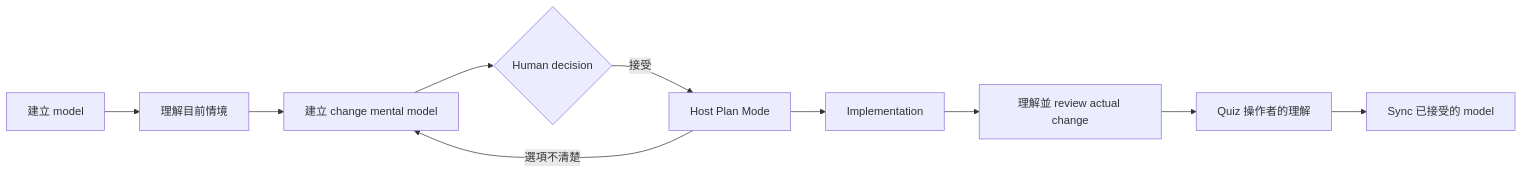
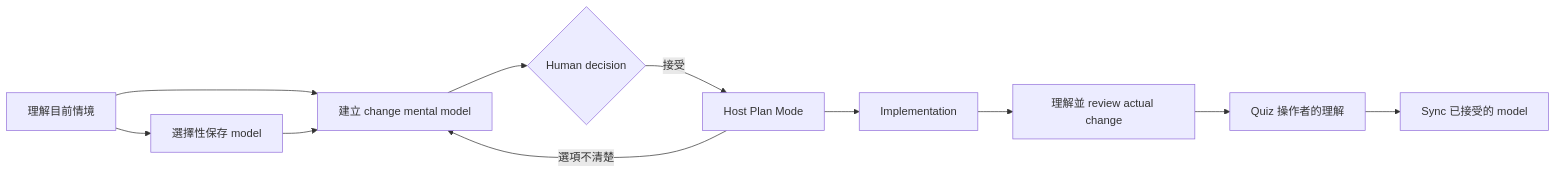
The diagram in README.zh-TW.md (issac1441/mental), drawn with Mermaid before and after one commit. The commit also changed other lines of this file and 71 other files, not shown here.

````diff
--- a/README.zh-TW.md
+++ b/README.zh-TW.md
@@ -138,12 +120,13 @@
 ```mermaid
 flowchart LR
-    build["建立 model"] --> understand["理解目前情境"]
+    understand["理解目前情境"] --> build["選擇性保存 model"]
     understand --> change["建立 change mental model"]
+    build --> change
     change --> decision{"Human decision"}
     decision -->|接受| plan["Host Plan Mode"]
     plan -->|選項不清楚| change
     plan --> implementation["Implementation"]
     implementation --> review["理解並 review actual change"]
     review --> quiz["Quiz 操作者的理解"]
     quiz --> sync["Sync 已接受的 model"]
 ```
````
